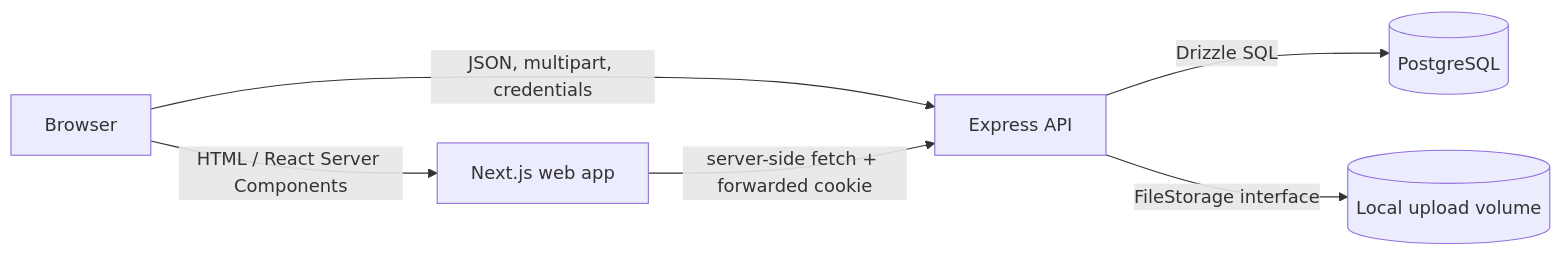
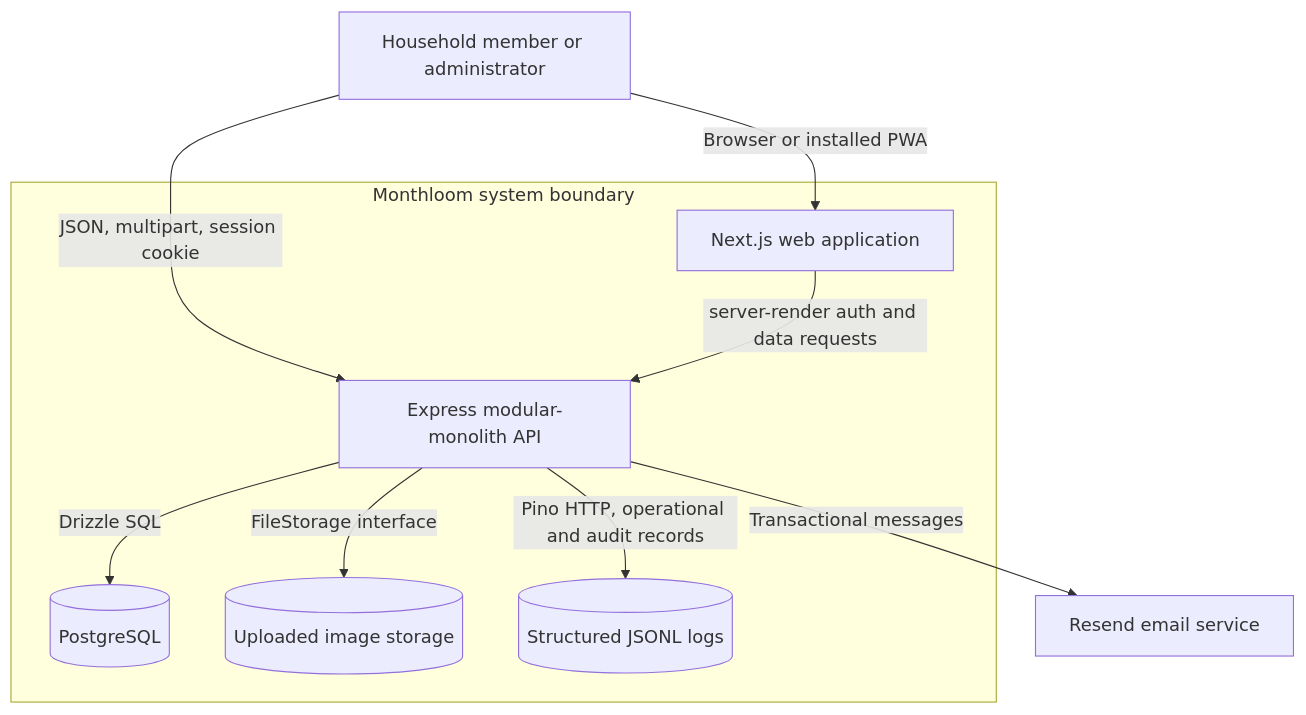
One commit to lsahatqija/monthloom changed the first of 13 diagrams in docs/architecture.md. Above: the diagram before and after it, drawn with Mermaid. The commit also changed other lines of this file and 7 other files, not shown here.

````diff
--- a/docs/architecture.md
+++ b/docs/architecture.md
@@ -49,8 +55,20 @@
 ```mermaid
-flowchart LR
-    Browser[Browser] -->|HTML / React Server Components| Web[Next.js web app]
-    Browser -->|JSON, multipart, credentials| API[Express API]
-    Web -->|server-side fetch + forwarded cookie| API
-    API -->|Drizzle SQL| DB[(PostgreSQL)]
-    API -->|FileStorage interface| Files[(Local upload volume)]
+flowchart TB
+    Person[Household member or administrator]
+    subgraph Boundary[Monthloom system boundary]
+        Web[Next.js web application]
+        API[Express modular-monolith API]
+        DB[(PostgreSQL)]
+        Files[(Uploaded image storage)]
+        Logs[(Structured JSONL logs)]
+    end
+    Email[Resend email service]
+
+    Person -->|Browser or installed PWA| Web
+    Person -->|JSON, multipart, session cookie| API
+    Web -->|server-render auth and data requests| API
+    API -->|Drizzle SQL| DB
+    API -->|FileStorage interface| Files
+    API -->|Pino HTTP, operational and audit records| Logs
+    API -->|Transactional messages| Email
 ```
````
